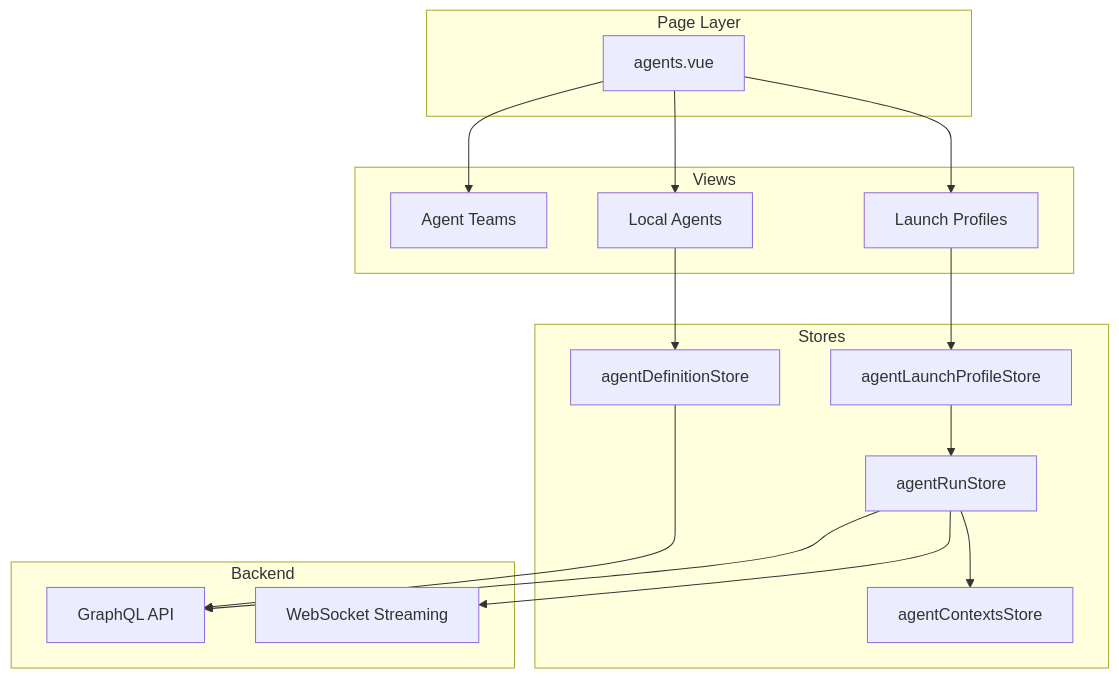
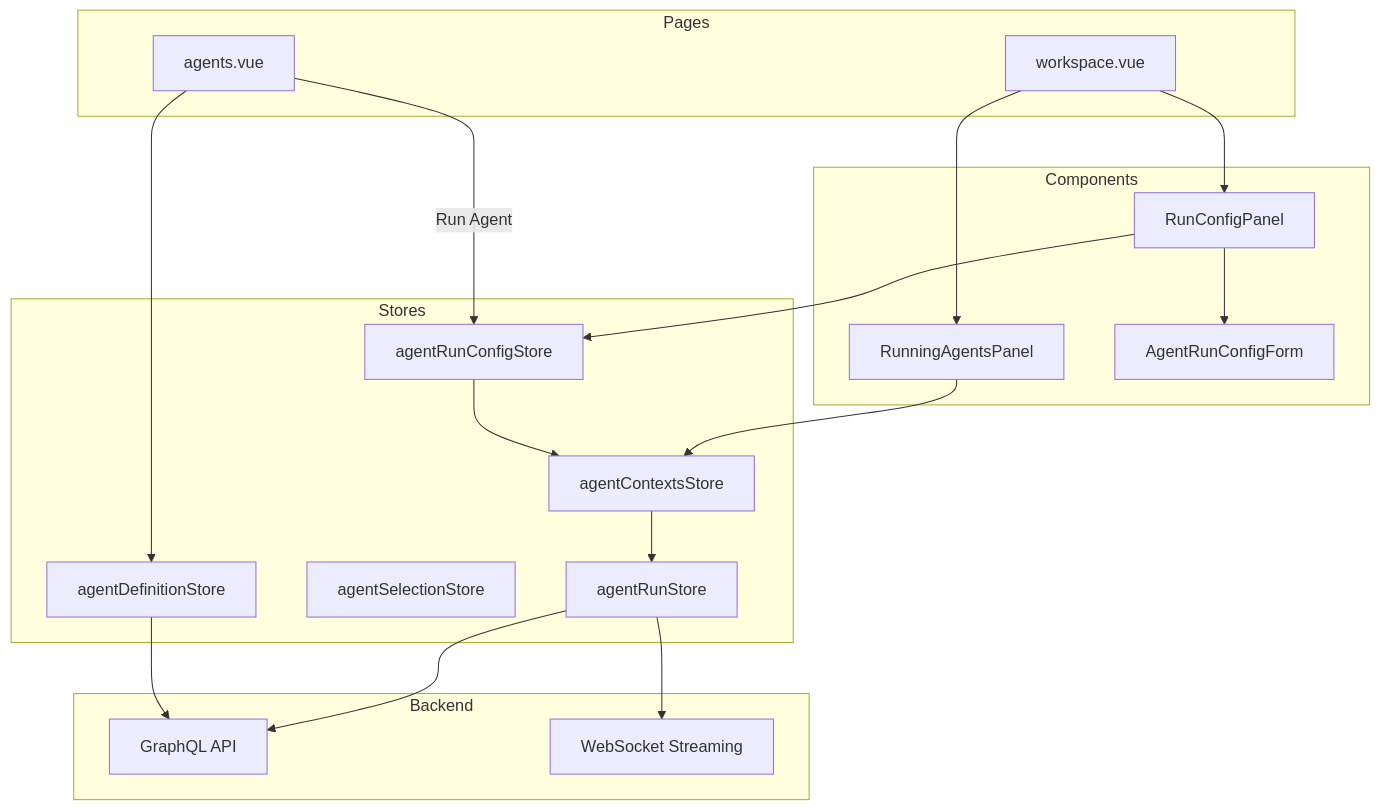
One commit to AutoByteus/autobyteus-web changed the first of 3 diagrams in docs/agent_management.md. Above: the diagram before and after it, drawn with Mermaid. The commit also changed other lines of this file and 98 other files, not shown here.

First line of the commit message:
refactor: Replace Agent Launch Profiles with per-instance Run Configs

````diff
--- a/docs/agent_management.md
+++ b/docs/agent_management.md
@@ -60,38 +63,41 @@
 ```mermaid
 flowchart TD
-    subgraph "Page Layer"
+    subgraph "Pages"
         AgentsPage[agents.vue]
+        WorkspacePage[workspace.vue]
     end
 
-    subgraph "Views"
-        LaunchProfiles[Launch Profiles]
-        LocalAgents[Local Agents]
-        AgentTeams[Agent Teams]
+    subgraph "Components"
+        RunningPanel[RunningAgentsPanel]
+        ConfigPanel[RunConfigPanel]
+        AgentForm[AgentRunConfigForm]
     end
 
     subgraph "Stores"
         DefStore[agentDefinitionStore]
-        ProfileStore[agentLaunchProfileStore]
+        RunConfigStore[agentRunConfigStore]
+        ContextsStore[agentContextsStore]
+        SelectionStore[agentSelectionStore]
         RunStore[agentRunStore]
-        ContextStore[agentContextsStore]
     end
 
     subgraph "Backend"
         GraphQL[GraphQL API]
         WS[WebSocket Streaming]
     end
 
-    AgentsPage --> LaunchProfiles
-    AgentsPage --> LocalAgents
-    AgentsPage --> AgentTeams
+    AgentsPage --> DefStore
+    AgentsPage -- "Run Agent" --> RunConfigStore
+    WorkspacePage --> RunningPanel
+    WorkspacePage --> ConfigPanel
 
-    LaunchProfiles --> ProfileStore
-    LocalAgents --> DefStore
+    RunningPanel --> ContextsStore
+    ConfigPanel --> RunConfigStore
+    ConfigPanel --> AgentForm
 
-    ProfileStore --> RunStore
-    RunStore --> ContextStore
+    RunConfigStore --> ContextsStore
+    ContextsStore --> RunStore
     RunStore --> WS
-
+    RunStore --> GraphQL
     DefStore --> GraphQL
-    RunStore --> GraphQL
 ```
````
